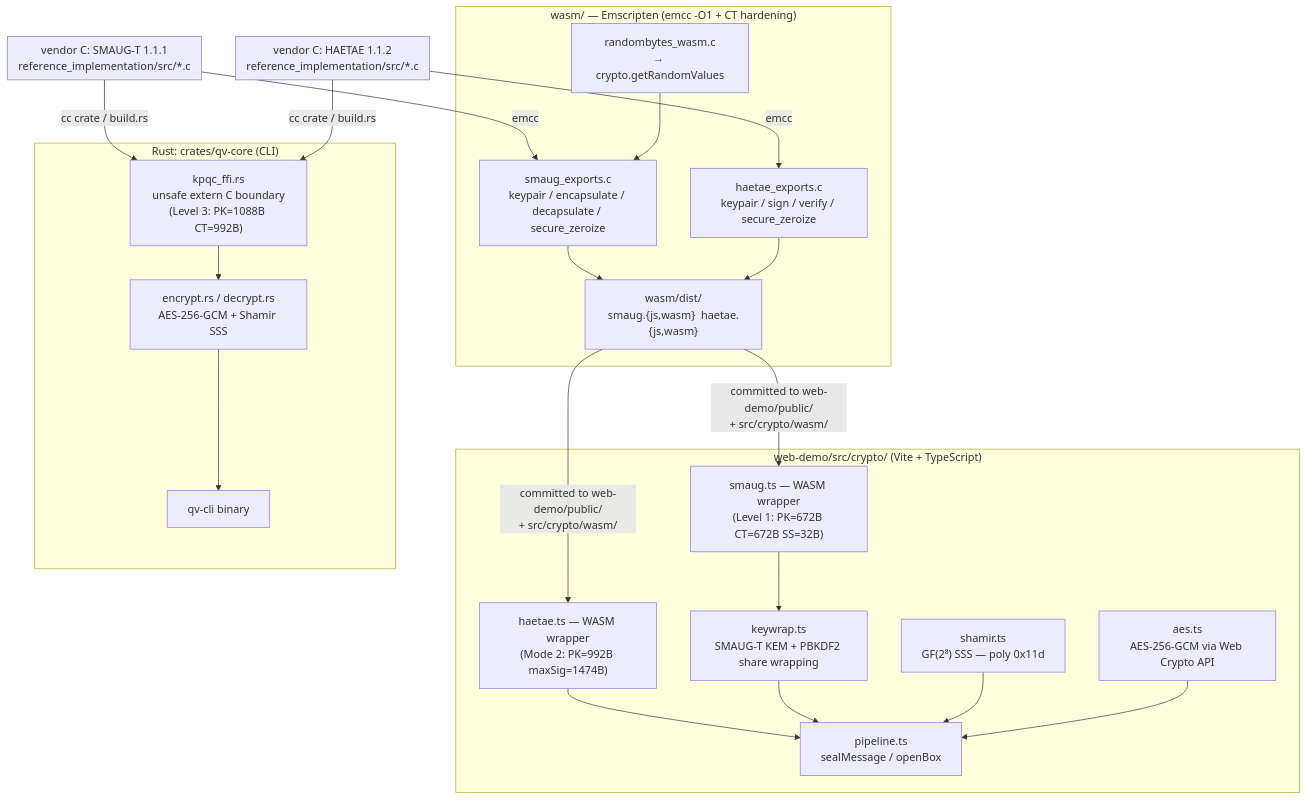
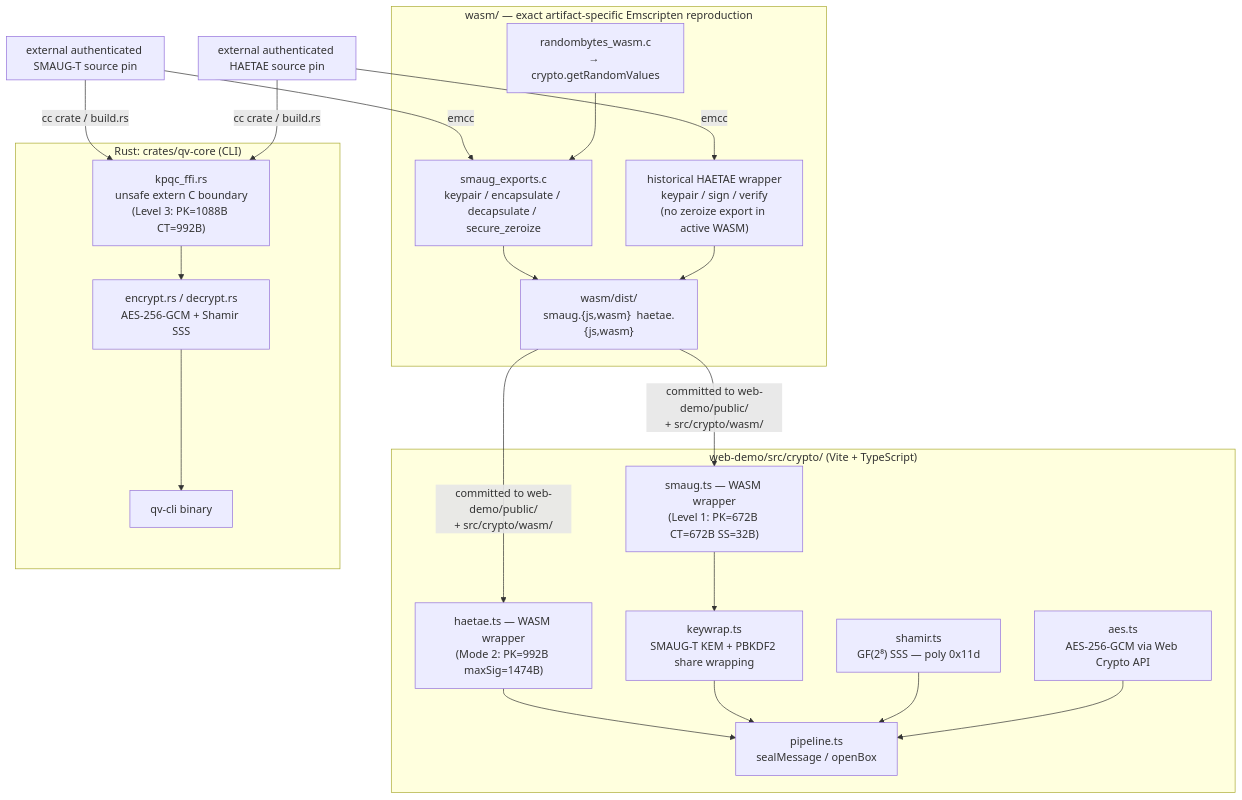
The first of 2 diagrams in docs/ARCHITECTURE.md (systemslibrarian/crypto-lab-quantum-vault-kpqc), drawn with Mermaid before and after one commit. The commit also changed other lines of this file and 63 other files, not shown here.

````diff
--- a/docs/ARCHITECTURE.md
+++ b/docs/ARCHITECTURE.md
@@ -19,45 +24,45 @@
 ```mermaid
 flowchart TD
-    subgraph C_SMAUG["vendor C: SMAUG-T 1.1.1\nreference_implementation/src/*.c"]
+    subgraph C_SMAUG["external authenticated SMAUG-T source pin"]
     end
-    subgraph C_HAETAE["vendor C: HAETAE 1.1.2\nreference_implementation/src/*.c"]
+    subgraph C_HAETAE["external authenticated HAETAE source pin"]
     end
 
-    subgraph WASM_BUILD["wasm/ — Emscripten (emcc -O1 + CT hardening)"]
+    subgraph WASM_BUILD["wasm/ — exact artifact-specific Emscripten reproduction"]
         RB["randombytes_wasm.c\n→ crypto.getRandomValues"]
         SE["smaug_exports.c\nkeypair / encapsulate / decapsulate / secure_zeroize"]
-        HE["haetae_exports.c\nkeypair / sign / verify / secure_zeroize"]
+        HE["historical HAETAE wrapper\nkeypair / sign / verify\n(no zeroize export in active WASM)"]
         DIST["wasm/dist/\nsmaug.{js,wasm}  haetae.{js,wasm}"]
     end
 
     subgraph WEB["web-demo/src/crypto/  (Vite + TypeScript)"]
         SW["smaug.ts — WASM wrapper\n(Level 1: PK=672B CT=672B SS=32B)"]
         HW["haetae.ts — WASM wrapper\n(Mode 2: PK=992B maxSig=1474B)"]
         KW["keywrap.ts\nSMAUG-T KEM + PBKDF2 share wrapping"]
         SH["shamir.ts\nGF(2⁸) SSS — poly 0x11d"]
         AES["aes.ts\nAES-256-GCM via Web Crypto API"]
         PL["pipeline.ts\nsealMessage / openBox"]
     end
 
     subgraph RUST["Rust: crates/qv-core  (CLI)"]
         FFI["kpqc_ffi.rs\nunsafe extern C boundary\n(Level 3: PK=1088B CT=992B)"]
         CORE["encrypt.rs / decrypt.rs\nAES-256-GCM + Shamir SSS"]
         CLI["qv-cli binary"]
     end
 
     C_SMAUG -->|"emcc"| SE
     C_HAETAE -->|"emcc"| HE
     RB --> SE
     SE & HE --> DIST
     DIST -->|"committed to web-demo/public/\n+ src/crypto/wasm/"| SW & HW
     SW --> KW
     HW --> PL
     KW --> PL
     SH --> PL
     AES --> PL
 
     C_SMAUG -->|"cc crate / build.rs"| FFI
     C_HAETAE -->|"cc crate / build.rs"| FFI
     FFI --> CORE
     CORE --> CLI
 ```
````
